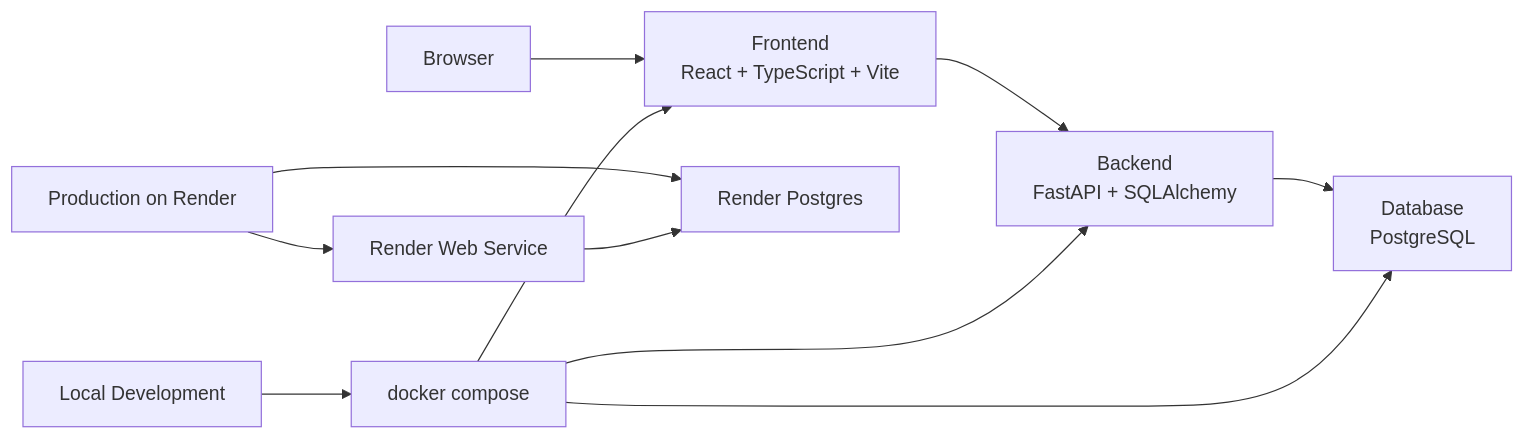
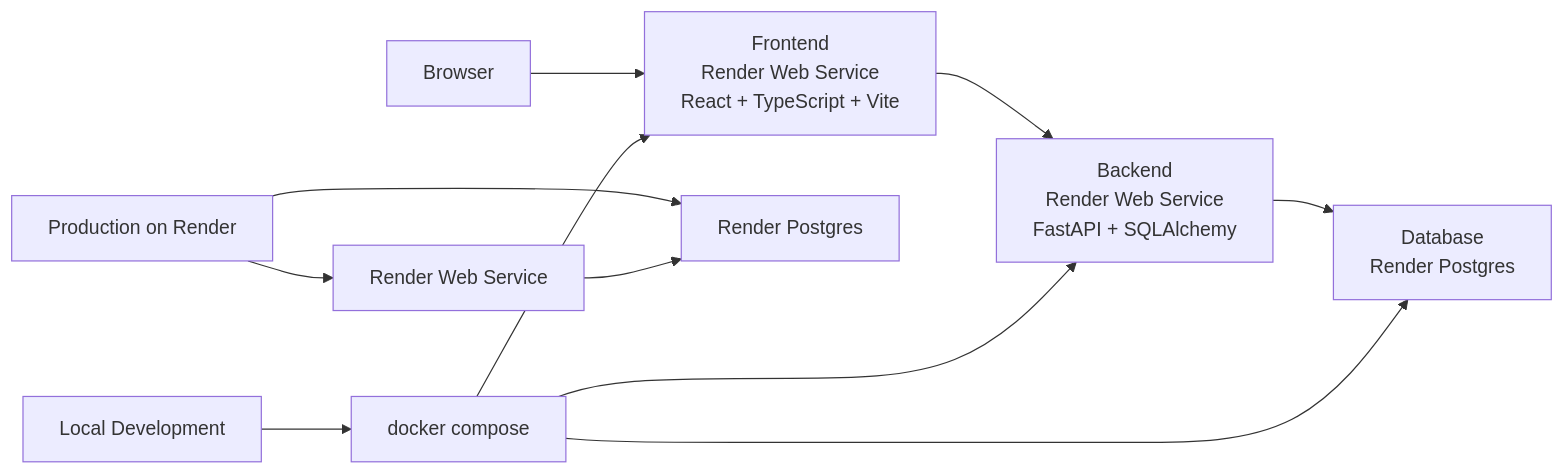
Before and after one commit to amera-pino/asset-flow-portfolio: the diagram in README.md, drawn with Mermaid. The commit also changed other lines of this file and 3 other files, not shown here.

````diff
--- a/README.md
+++ b/README.md
@@ -25,15 +29,15 @@
 ```mermaid
 flowchart LR
-    A["Browser"] --> B["Frontend<br/>React + TypeScript + Vite"]
-    B --> C["Backend<br/>FastAPI + SQLAlchemy"]
-    C --> D["Database<br/>PostgreSQL"]
+    A["Browser"] --> B["Frontend<br/>Render Web Service<br/>React + TypeScript + Vite"]
+    B --> C["Backend<br/>Render Web Service<br/>FastAPI + SQLAlchemy"]
+    C --> D["Database<br/>Render Postgres"]
 
     E["Local Development"] --> F["docker compose"]
     F --> B
     F --> C
     F --> D
 
     G["Production on Render"] --> H["Render Web Service"]
     G --> I["Render Postgres"]
     H --> I
 ```
````
